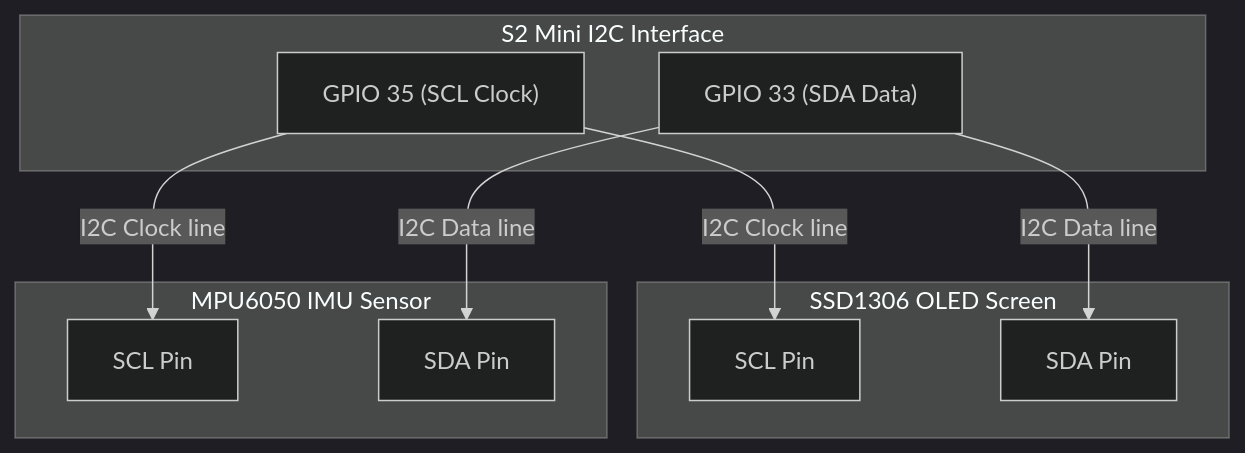
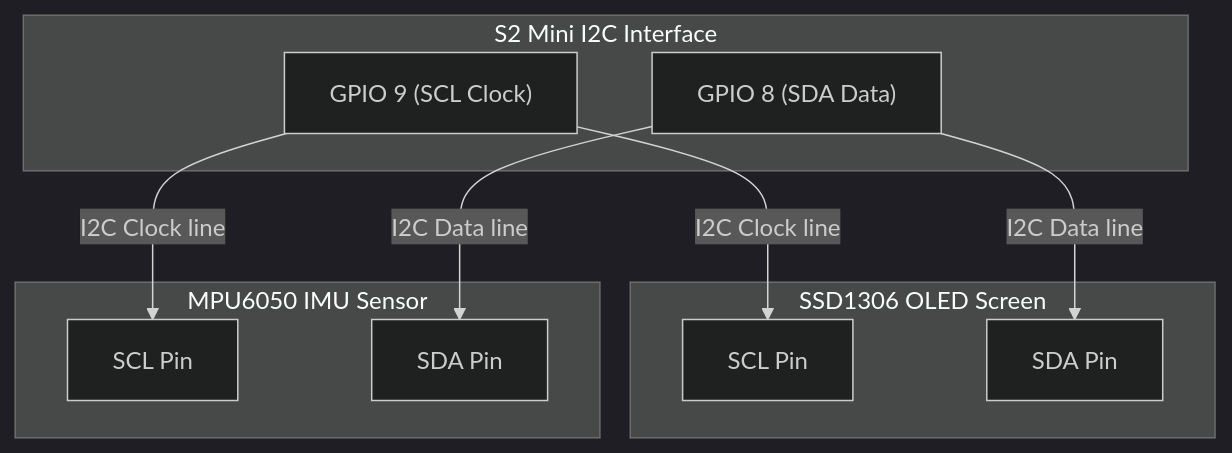
The second of 3 diagrams in pin_connect.md (MateusAlo/Embedded-System), drawn with Mermaid (dark theme) before and after one commit. The commit also changed other lines of this file, not shown here.

````diff
--- a/pin_connect.md
+++ b/pin_connect.md
@@ -129,23 +118,23 @@
 ```mermaid
 graph TD
     subgraph S2Mini_I2C ["S2 Mini I2C Interface"]
-        G35["GPIO 35 (SCL Clock)"]
-        G33["GPIO 33 (SDA Data)"]
+        G35["GPIO 9 (SCL Clock)"]
+        G33["GPIO 8 (SDA Data)"]
     end
 
     subgraph OLED_Display ["SSD1306 OLED Screen"]
         OLED_SCL["SCL Pin"]
         OLED_SDA["SDA Pin"]
     end
 
     subgraph MPU6050_IMU ["MPU6050 IMU Sensor"]
         IMU_SCL["SCL Pin"]
         IMU_SDA["SDA Pin"]
     end
 
     G35 -->|I2C Clock line| OLED_SCL
     G35 -->|I2C Clock line| IMU_SCL
 
     G33 -->|I2C Data line| OLED_SDA
     G33 -->|I2C Data line| IMU_SDA
 ```
````
